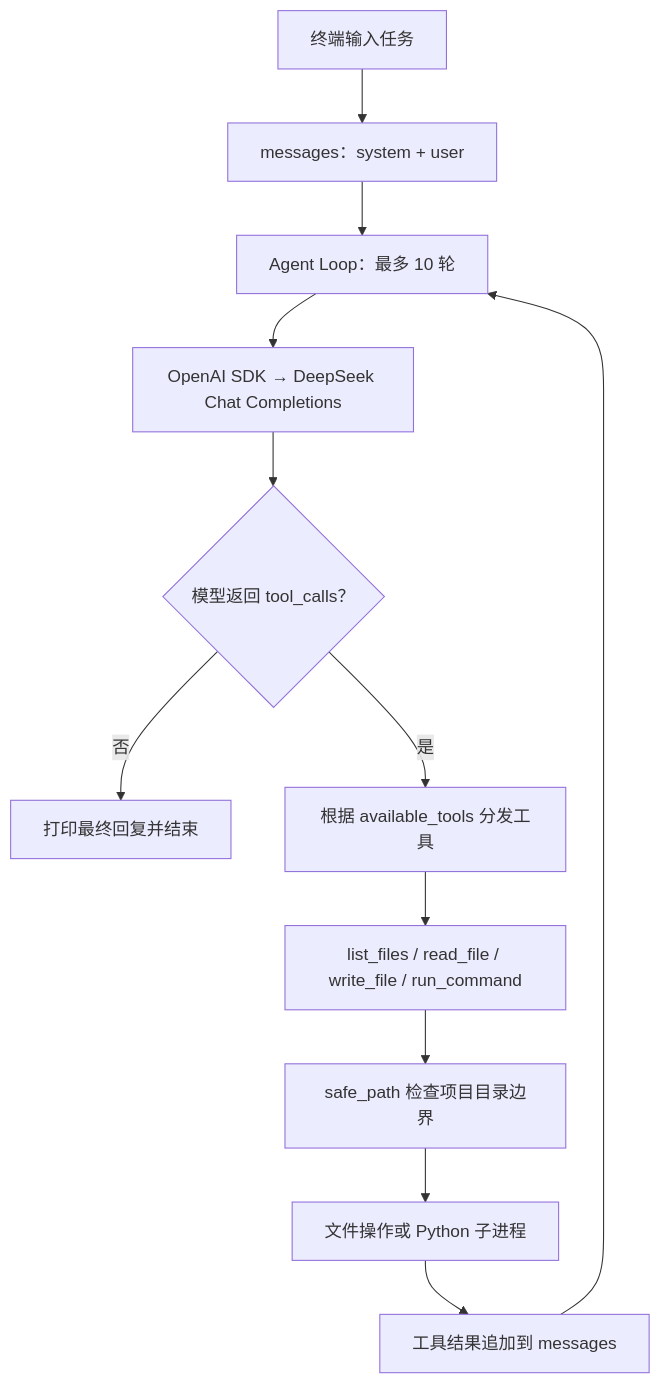
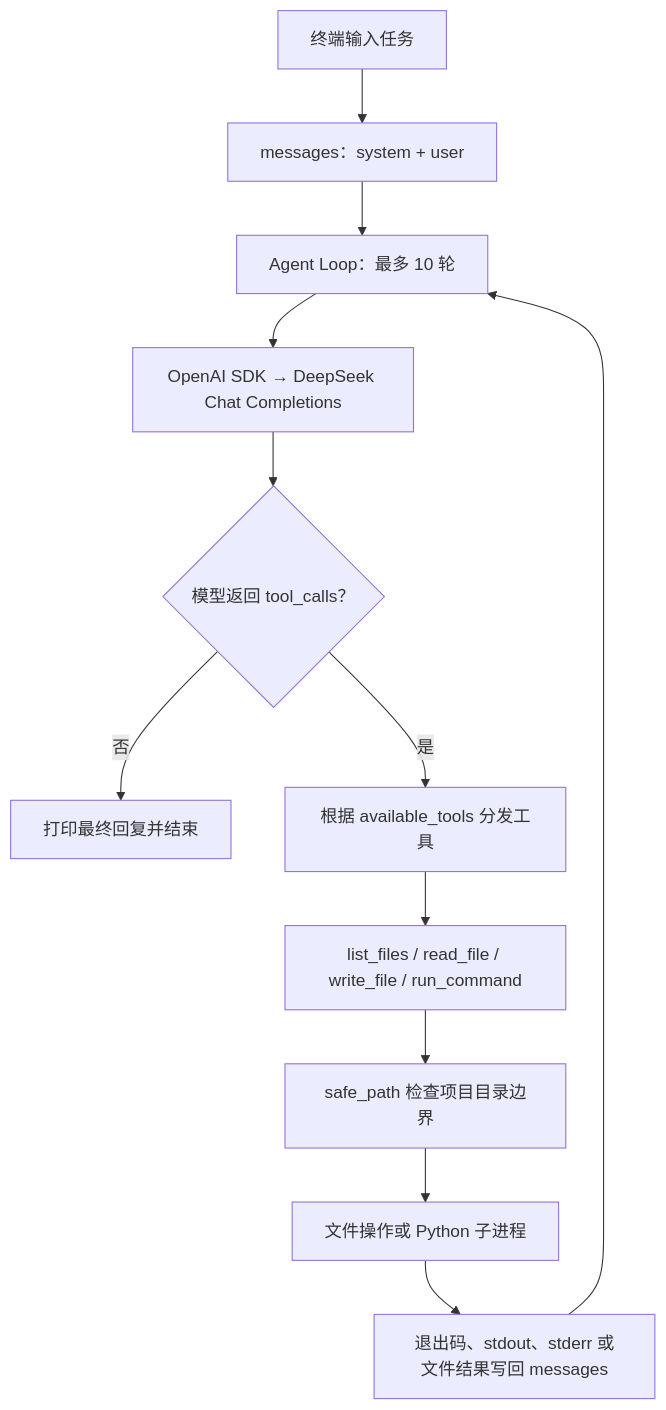
Before and after one commit to torres953190868/MiniCodingAgent: the diagram in README.md, drawn with Mermaid. The commit also changed other lines of this file and 2 other files, not shown here.

````diff
--- a/README.md
+++ b/README.md
@@ -89,14 +89,14 @@
 ```mermaid
 flowchart TD
     U["终端输入任务"] --> H["messages：system + user"]
     H --> A["Agent Loop：最多 10 轮"]
     A --> M["OpenAI SDK → DeepSeek Chat Completions"]
     M --> D{"模型返回 tool_calls？"}
     D -- 否 --> F["打印最终回复并结束"]
     D -- 是 --> X["根据 available_tools 分发工具"]
     X --> T["list_files / read_file / write_file / run_command"]
     T --> P["safe_path 检查项目目录边界"]
     P --> R["文件操作或 Python 子进程"]
-    R --> O["工具结果追加到 messages"]
+    R --> O["退出码、stdout、stderr 或文件结果写回 messages"]
     O --> A
 ```
````
